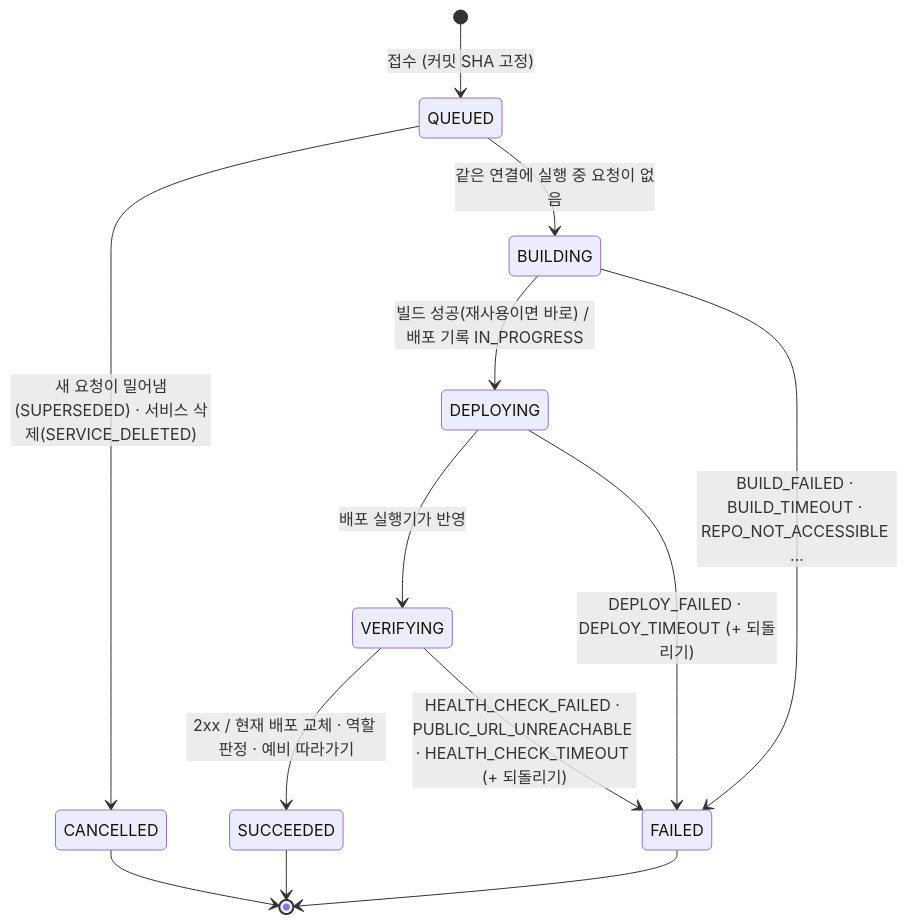
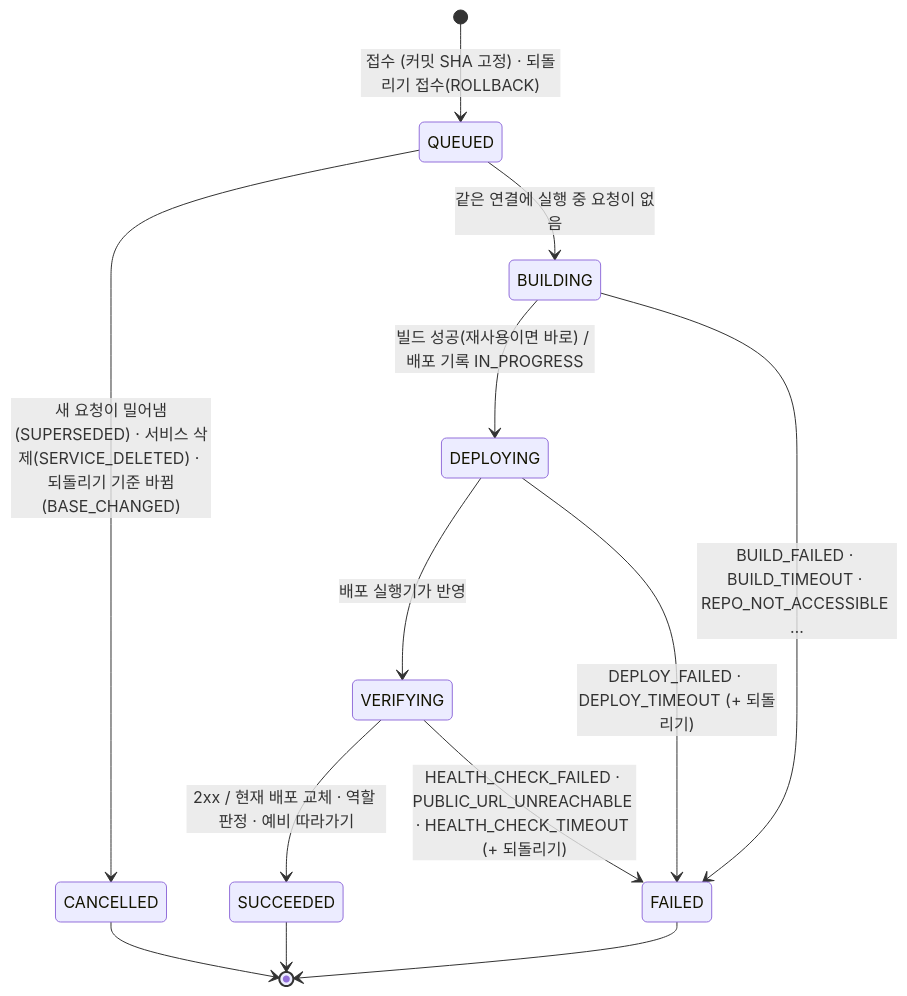
One commit to Softbank-Hackathon-2026-Team-Echo/echo-was changed the third of 6 diagrams in docs/schema.md. Above: the diagram before and after it, drawn with Mermaid. The commit also changed other lines of this file and 6 other files, not shown here.

````diff
--- a/docs/schema.md
+++ b/docs/schema.md
@@ -338,15 +375,15 @@
 ```mermaid
 stateDiagram-v2
-    [*] --> QUEUED : 접수 (커밋 SHA 고정)
-    QUEUED --> CANCELLED : 새 요청이 밀어냄(SUPERSEDED) · 서비스 삭제(SERVICE_DELETED)
+    [*] --> QUEUED : 접수 (커밋 SHA 고정) · 되돌리기 접수(ROLLBACK)
+    QUEUED --> CANCELLED : 새 요청이 밀어냄(SUPERSEDED) · 서비스 삭제(SERVICE_DELETED) · 되돌리기 기준 바뀜(BASE_CHANGED)
     QUEUED --> BUILDING : 같은 연결에 실행 중 요청이 없음
     BUILDING --> DEPLOYING : 빌드 성공(재사용이면 바로) / 배포 기록 IN_PROGRESS
     BUILDING --> FAILED : BUILD_FAILED · BUILD_TIMEOUT · REPO_NOT_ACCESSIBLE …
     DEPLOYING --> VERIFYING : 배포 실행기가 반영
     DEPLOYING --> FAILED : DEPLOY_FAILED · DEPLOY_TIMEOUT (+ 되돌리기)
     VERIFYING --> SUCCEEDED : 2xx / 현재 배포 교체 · 역할 판정 · 예비 따라가기
     VERIFYING --> FAILED : HEALTH_CHECK_FAILED · PUBLIC_URL_UNREACHABLE · HEALTH_CHECK_TIMEOUT (+ 되돌리기)
     SUCCEEDED --> [*]
     FAILED --> [*]
     CANCELLED --> [*]
 ```
````
